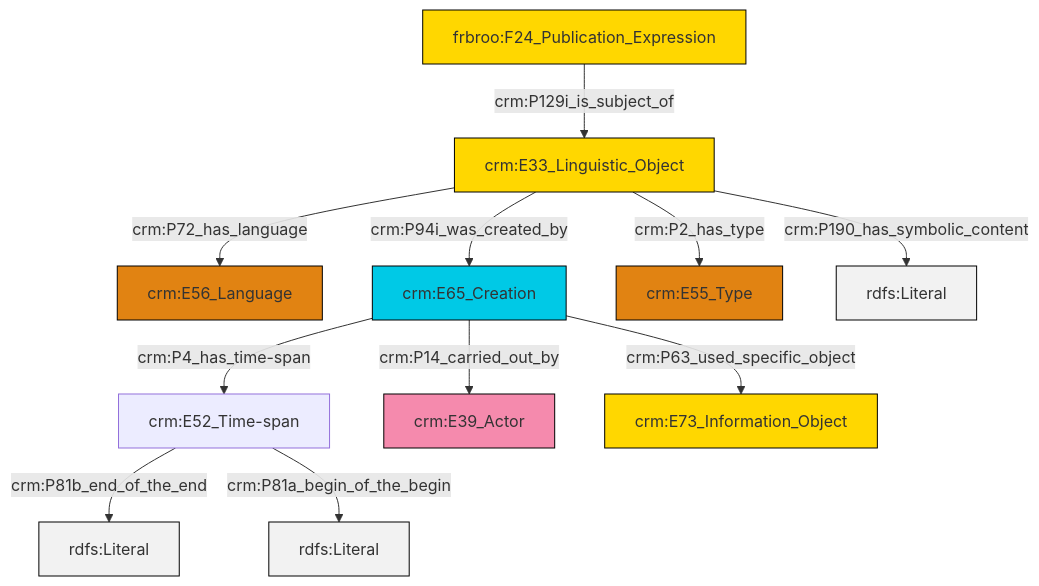
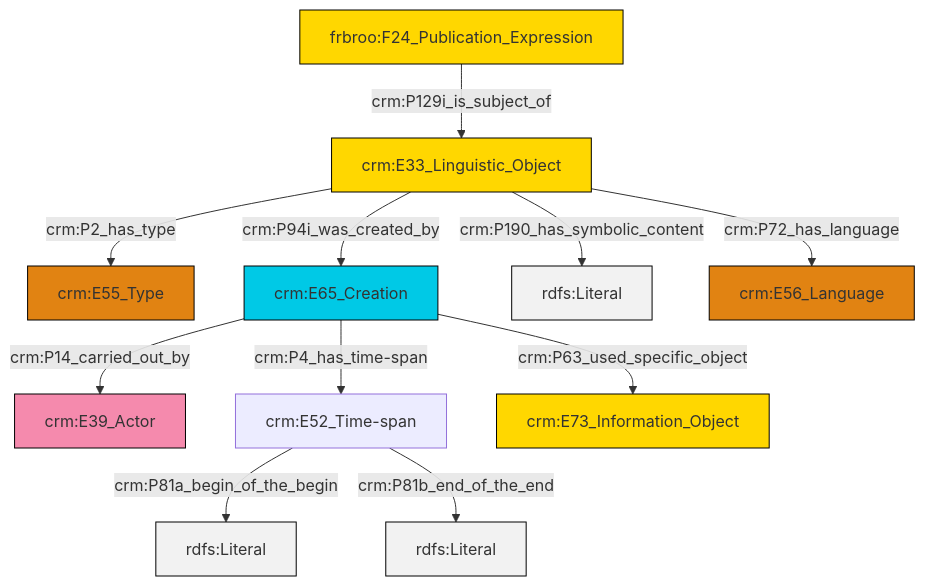
One commit to swiss-art-research-net/reference-data-models changed the diagram in et/biblioCSV/ttl/mmd/biblio_description.ttl.mmd. Above: the diagram before and after it, drawn with Mermaid. The commit also changed 158 other files, not shown here.

```diff
--- a/et/biblioCSV/ttl/mmd/biblio_description.ttl.mmd
+++ b/et/biblioCSV/ttl/mmd/biblio_description.ttl.mmd
@@ -1,25 +1,25 @@
 graph TD
 classDef Literal fill:#f2f2f2,stroke:#000000;
 classDef CRM_Entity fill:#FFFFFF,stroke:#000000;
 classDef Temporal_Entity fill:#00C9E6, stroke:#000000;
 classDef Type fill:#E18312, stroke:#000000;
 classDef Time-Span fill:#2C9C91, stroke:#000000;
 classDef Appellation fill:#FFEB7F, stroke:#000000;
 classDef Place fill:#008836, stroke:#000000;
 classDef Persistent_Item fill:#B266B2, stroke:#000000;
 classDef Conceptual_Object fill:#FFD700, stroke:#000000;
 classDef Physical_Thing fill:#D2B48C, stroke:#000000;
 classDef Actor fill:#f58aad, stroke:#000000;
 classDef PC_Classes fill:#4ce600, stroke:#000000;
 classDef Multi fill:#cccccc,stroke:#000000;
 
-2["crm:E52_Time-span"]:::Default -->|crm:P81b_end_of_the_end| 3[rdfs:Literal]:::Literal
-2["crm:E52_Time-span"]:::Default -->|crm:P81a_begin_of_the_begin| 6[rdfs:Literal]:::Literal
-7["crm:E65_Creation"]:::Temporal_Entity -->|crm:P4_has_time-span| 2["crm:E52_Time-span"]:::Default
-0["crm:E33_Linguistic_Object"]:::Conceptual_Object -->|crm:P94i_was_created_by| 7["crm:E65_Creation"]:::Temporal_Entity
-0["crm:E33_Linguistic_Object"]:::Conceptual_Object -->|crm:P190_has_symbolic_content| 15[rdfs:Literal]:::Literal
-7["crm:E65_Creation"]:::Temporal_Entity -->|crm:P14_carried_out_by| 13["crm:E39_Actor"]:::Actor
-0["crm:E33_Linguistic_Object"]:::Conceptual_Object -->|crm:P72_has_language| 4["crm:E56_Language"]:::Type
-7["crm:E65_Creation"]:::Temporal_Entity -->|crm:P63_used_specific_object| 16["crm:E73_Information_Object"]:::Conceptual_Object
-0["crm:E33_Linguistic_Object"]:::Conceptual_Object -->|crm:P2_has_type| 8["crm:E55_Type"]:::Type
-11["frbroo:F24_Publication_Expression"]:::Conceptual_Object -->|crm:P129i_is_subject_of| 0["crm:E33_Linguistic_Object"]:::Conceptual_Object
+2["crm:E33_Linguistic_Object"]:::Conceptual_Object -->|crm:P94i_was_created_by| 3["crm:E65_Creation"]:::Temporal_Entity
+3["crm:E65_Creation"]:::Temporal_Entity -->|crm:P14_carried_out_by| 4["crm:E39_Actor"]:::Actor
+5["crm:E52_Time-span"]:::Default -->|crm:P81a_begin_of_the_begin| 6[rdfs:Literal]:::Literal
+3["crm:E65_Creation"]:::Temporal_Entity -->|crm:P63_used_specific_object| 10["crm:E73_Information_Object"]:::Conceptual_Object
+3["crm:E65_Creation"]:::Temporal_Entity -->|crm:P4_has_time-span| 5["crm:E52_Time-span"]:::Default
+2["crm:E33_Linguistic_Object"]:::Conceptual_Object -->|crm:P190_has_symbolic_content| 13[rdfs:Literal]:::Literal
+5["crm:E52_Time-span"]:::Default -->|crm:P81b_end_of_the_end| 16[rdfs:Literal]:::Literal
+2["crm:E33_Linguistic_Object"]:::Conceptual_Object -->|crm:P72_has_language| 17["crm:E56_Language"]:::Type
+2["crm:E33_Linguistic_Object"]:::Conceptual_Object -->|crm:P2_has_type| 0["crm:E55_Type"]:::Type
+8["frbroo:F24_Publication_Expression"]:::Conceptual_Object -->|crm:P129i_is_subject_of| 2["crm:E33_Linguistic_Object"]:::Conceptual_Object
```
